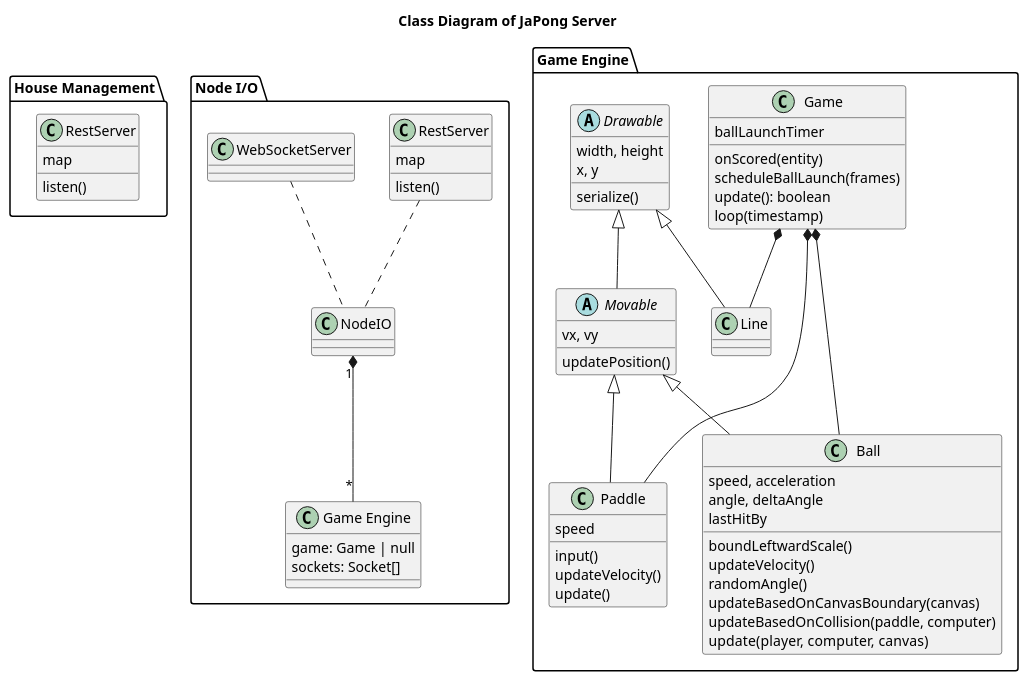
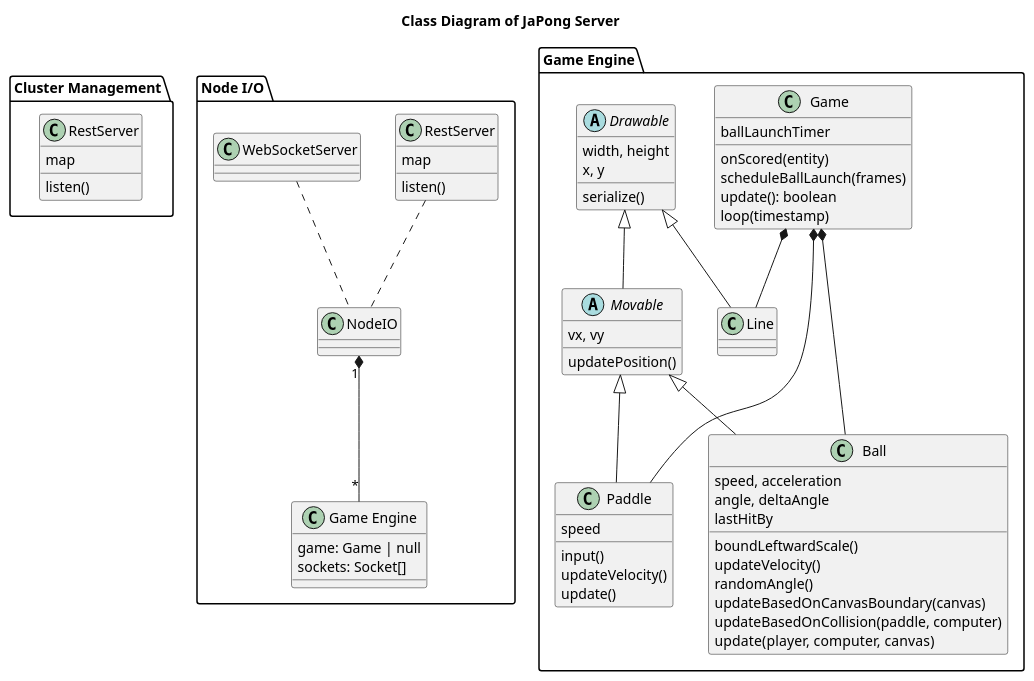
Before and after one commit to uztbt/japong-design: the diagram in uml/classServer.plantuml, drawn with PlantUML. The commit also changed 3 other files, not shown here.

Commit message:
Update deployment diagram

```diff
--- a/uml/classServer.plantuml
+++ b/uml/classServer.plantuml
@@ -1,85 +1,85 @@
 @startuml
 
 title "Class Diagram of JaPong Server"
 
-package "House Management" as HouseManagement {
+package "Cluster Management" as HouseManagement {
     class "RestServer" as RestServerHM {
         map
         listen()
     }
 }
 
 package "Node I/O" as NodeIO {
     class "RestServer" as RestServerRM {
         map
         listen()
     }
     RestServerRM .. NodeIO
     
     class WebSocketServer
     WebSocketServer .. NodeIO
 
     class "Game Engine" as GameEngine {
         game: Game | null
         sockets: Socket[]
     }
     NodeIO "1" *-- "*" GameEngine
 }
 package "Game Engine" as GameStateManagement {
     class Game {
     ballLaunchTimer
     onScored(entity)
     scheduleBallLaunch(frames)
     update(): boolean
     loop(timestamp)
     }
 
     class Paddle {
     speed
     input()
     updateVelocity()
     update()
     }
 
     class Ball {
     speed, acceleration
     angle, deltaAngle
     lastHitBy
     boundLeftwardScale()
     ' boundRightwardScale()
     updateVelocity()
     randomAngle()
     ' flipHorizontally()
     ' boundByCollision(paddle)
     updateBasedOnCanvasBoundary(canvas)
     updateBasedOnCollision(paddle, computer)
     update(player, computer, canvas)
     }
 
     class Line {
     }
 
     abstract "Drawable"  as DrawableServer {
     width, height
     x, y
     serialize()
     }
 
     abstract Movable {
     vx, vy
     updatePosition()
     }
 
     Game *--- Paddle
     Game *--- Ball
     Game *-- Line
 
     DrawableServer <|-- Movable
     DrawableServer <|-- Line
 
     Movable <|-- Paddle
     Movable <|-- Ball
 }
 
 
 @enduml
```
